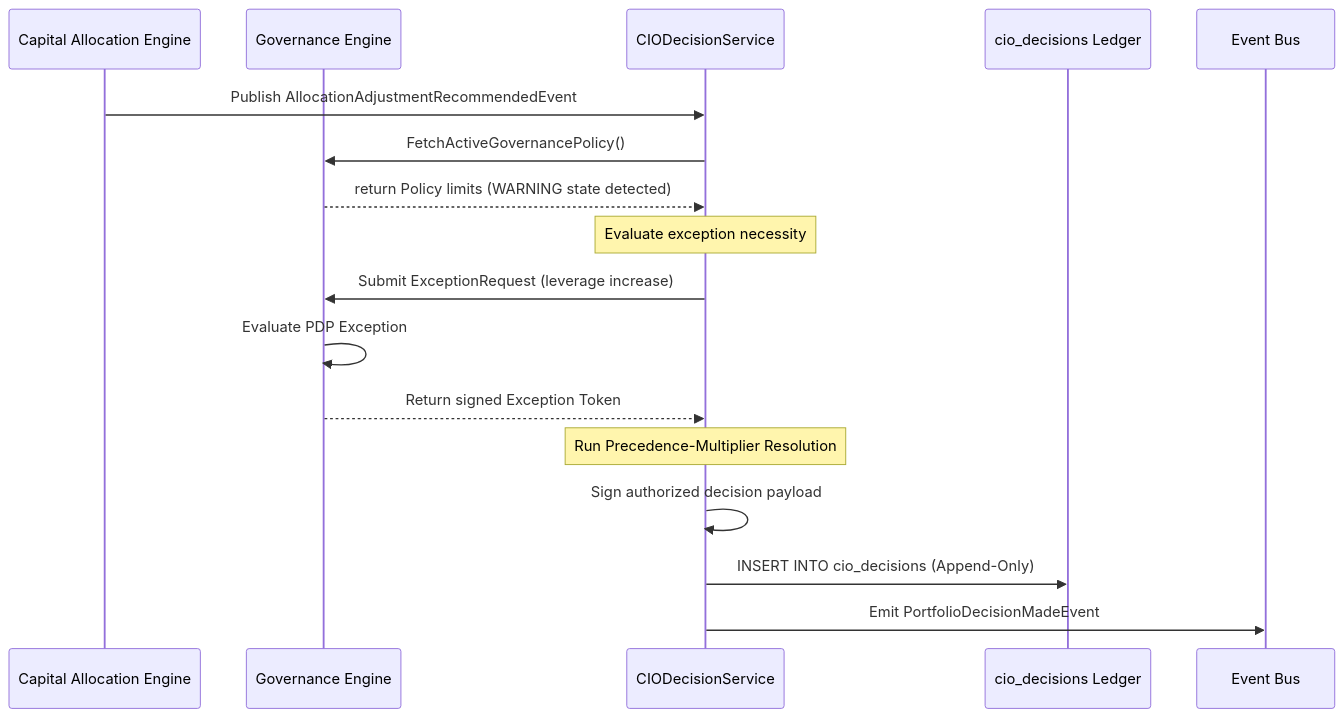
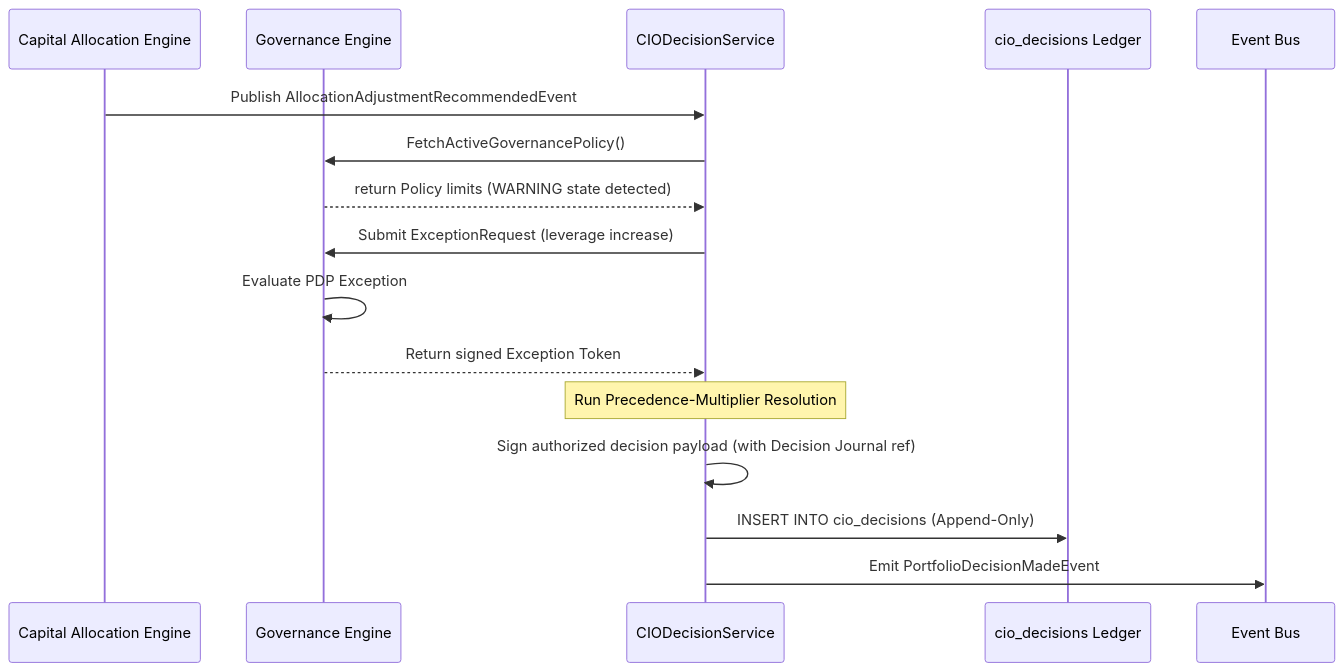
The second of 3 diagrams in docs/architecture/22-cio-engine.md (skeithnight/karsa), drawn with Mermaid before and after one commit. The commit also changed other lines of this file and 22 other files, not shown here.

````diff
--- a/docs/architecture/22-cio-engine.md
+++ b/docs/architecture/22-cio-engine.md
@@ -217,20 +237,19 @@
 ```mermaid
 sequenceDiagram
     participant CA as Capital Allocation Engine
     participant GE as Governance Engine
     participant CS as CIODecisionService
     participant DL as cio_decisions Ledger
     participant Bus as Event Bus
     
     CA->>CS: Publish AllocationAdjustmentRecommendedEvent
     CS->>GE: FetchActiveGovernancePolicy()
     GE-->>CS: return Policy limits (WARNING state detected)
-    Note over CS: Evaluate exception necessity
     CS->>GE: Submit ExceptionRequest (leverage increase)
     GE->>GE: Evaluate PDP Exception
     GE-->>CS: Return signed Exception Token
     Note over CS: Run Precedence-Multiplier Resolution
-    CS->>CS: Sign authorized decision payload
+    CS->>CS: Sign authorized decision payload (with Decision Journal ref)
     CS->>DL: INSERT INTO cio_decisions (Append-Only)
     CS->>Bus: Emit PortfolioDecisionMadeEvent
 ```
````
